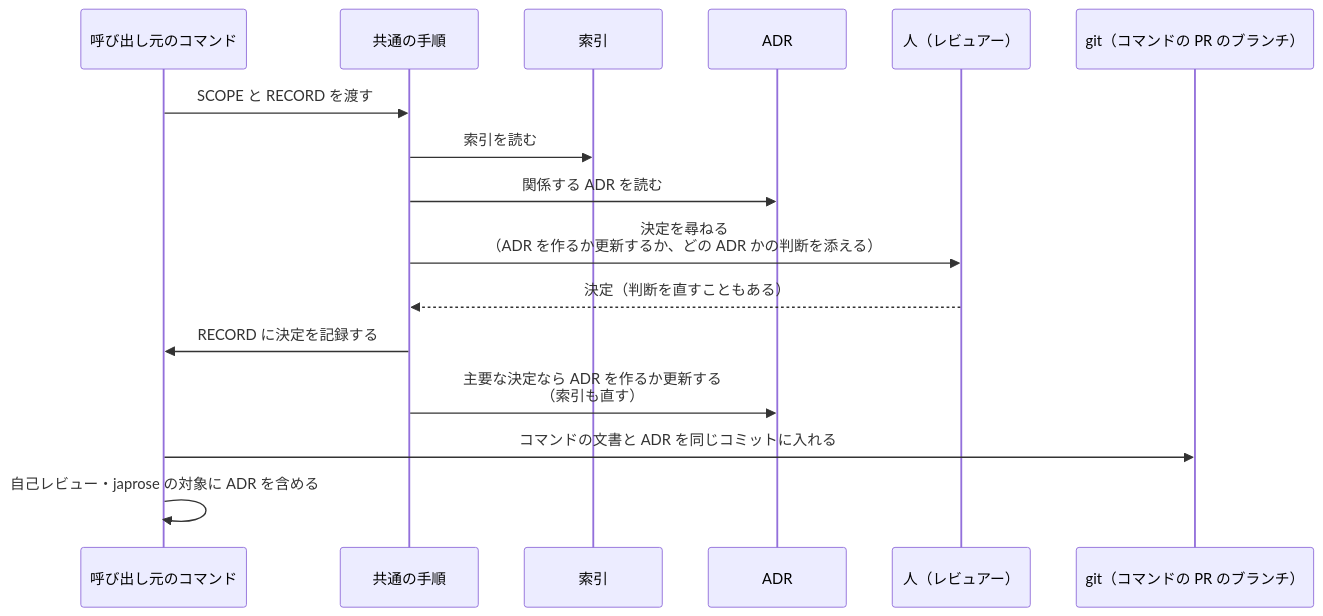
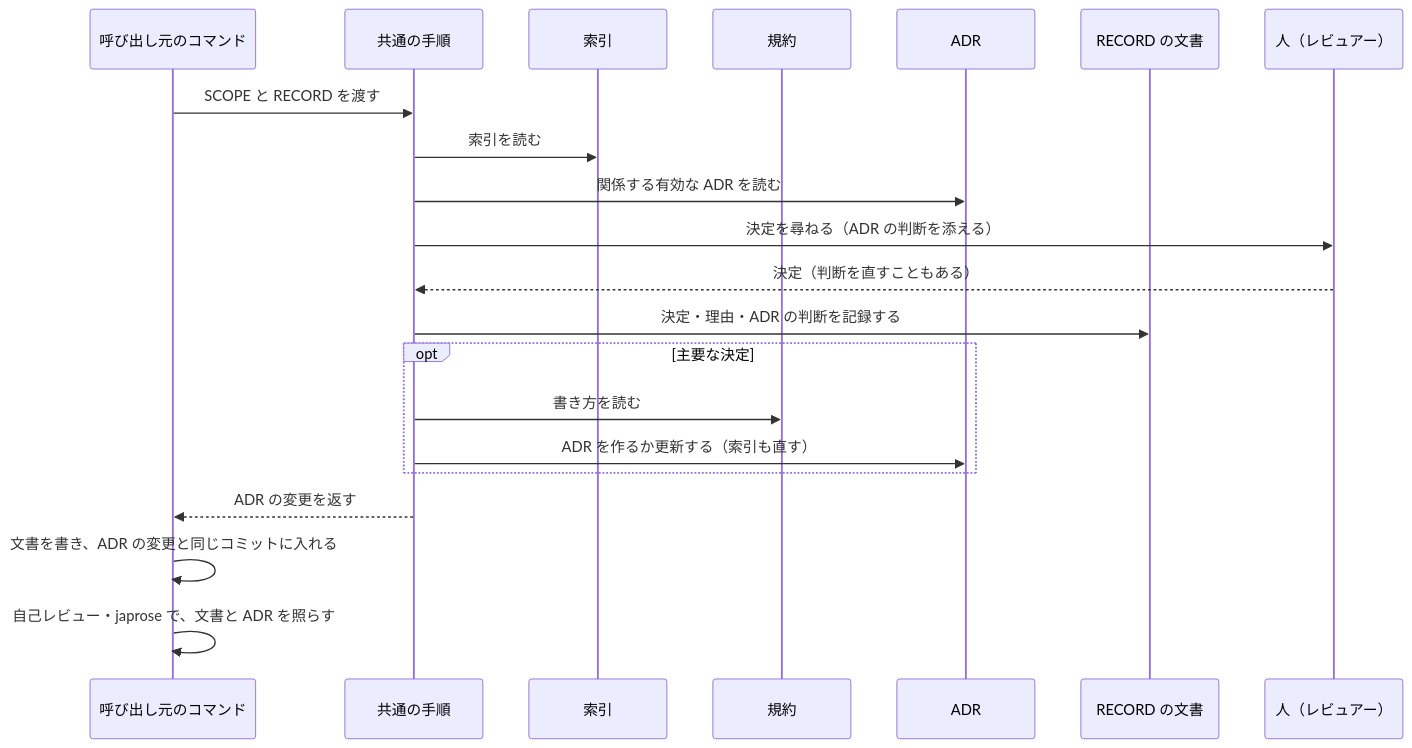
Before and after one commit to isseis/yt2column: the fourth of 6 diagrams in docs/tasks/0060_adr_records/02_architecture.md, drawn with Mermaid. The commit also changed other lines of this file, not shown here.

First line of the commit message:
docs(0060): address the architecture review findings

````diff
--- a/docs/tasks/0060_adr_records/02_architecture.md
+++ b/docs/tasks/0060_adr_records/02_architecture.md
@@ -197,19 +211,24 @@
 ```mermaid
 sequenceDiagram
     participant C as 呼び出し元のコマンド
     participant S as 共通の手順
     participant I as 索引
+    participant V as 規約
     participant A as ADR
+    participant R as RECORD の文書
     participant H as 人（レビュアー）
-    participant G as git（コマンドの PR のブランチ）
 
     C->>S: SCOPE と RECORD を渡す
     S->>I: 索引を読む
-    S->>A: 関係する ADR を読む
-    S->>H: 決定を尋ねる<br>（ADR を作るか更新するか、どの ADR かの判断を添える）
+    S->>A: 関係する有効な ADR を読む
+    S->>H: 決定を尋ねる（ADR の判断を添える）
     H-->>S: 決定（判断を直すこともある）
-    S->>C: RECORD に決定を記録する
-    S->>A: 主要な決定なら ADR を作るか更新する<br>（索引も直す）
-    C->>G: コマンドの文書と ADR を同じコミットに入れる
-    C->>C: 自己レビュー・japrose の対象に ADR を含める
+    S->>R: 決定・理由・ADR の判断を記録する
+    opt 主要な決定
+        S->>V: 書き方を読む
+        S->>A: ADR を作るか更新する（索引も直す）
+    end
+    S-->>C: ADR の変更を返す
+    C->>C: 文書を書き、ADR の変更と同じコミットに入れる
+    C->>C: 自己レビュー・japrose で、文書と ADR を照らす
 ```
````
